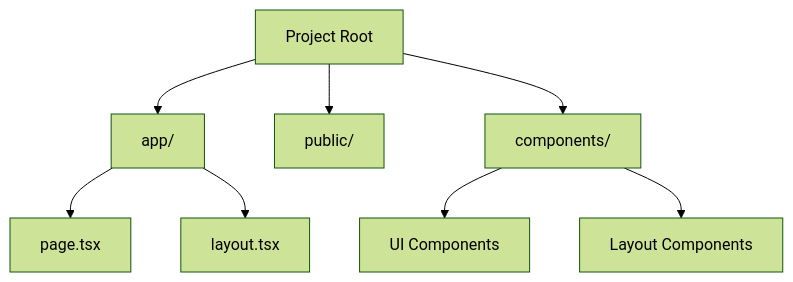
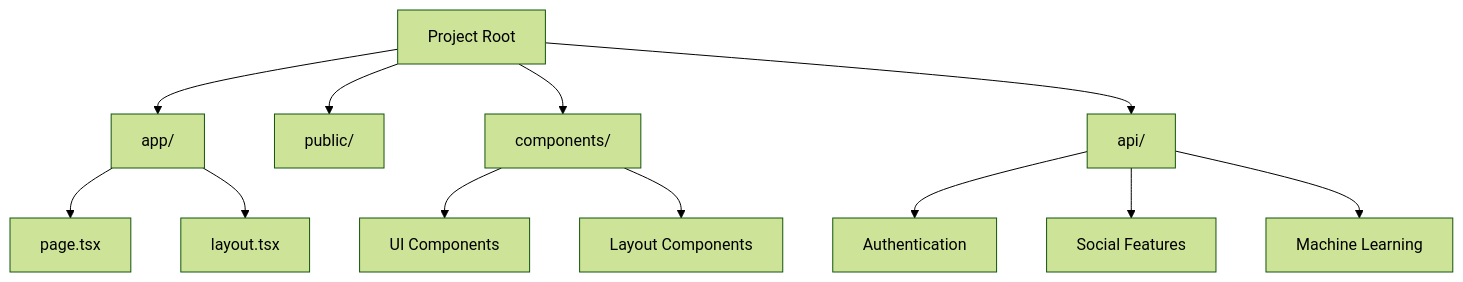
One commit to kasinadhsarma/vicharcha changed the first of 3 diagrams in README.md. Above: the diagram before and after it, drawn with Mermaid (forest theme). The commit also changed other lines of this file and 12 other files, not shown here.

````diff
--- a/README.md
+++ b/README.md
@@ -25,10 +27,14 @@
 ```mermaid
 graph TD
     A[Project Root] --> B[app/]
     A --> C[public/]
     A --> D[components/]
-    B --> E[page.tsx]
-    B --> F[layout.tsx]
-    D --> G[UI Components]
-    D --> H[Layout Components]
+    A --> E[api/]
+    B --> F[page.tsx]
+    B --> G[layout.tsx]
+    D --> H[UI Components]
+    D --> I[Layout Components]
+    E --> J[Authentication]
+    E --> K[Social Features]
+    E --> L[Machine Learning]
 ```
````
